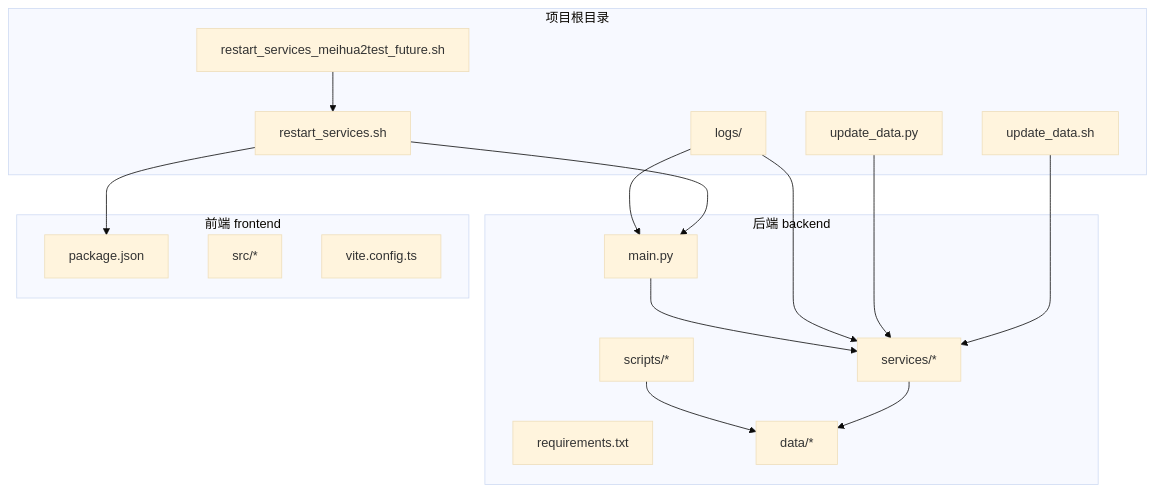
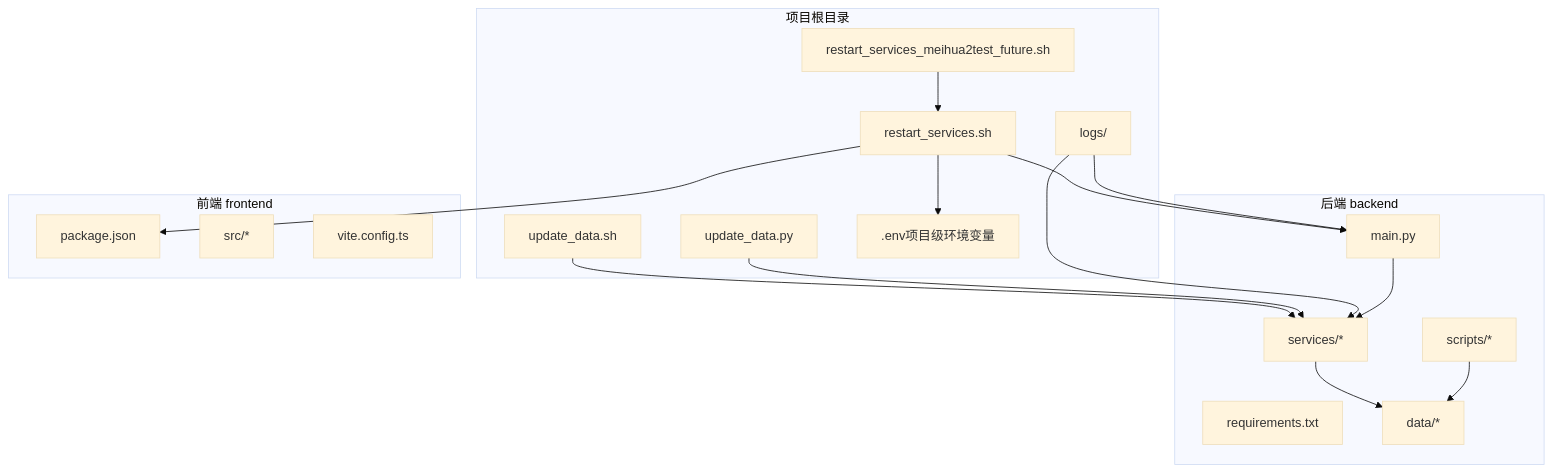
Before and after one commit to dexy1024/fin-analysis: the first of 5 diagrams in .qoder/repowiki/zh/content/部署配置.md, drawn with Mermaid (base theme). The commit also changed other lines of this file and 8 other files, not shown here.

````diff
--- a/.qoder/repowiki/zh/content/部署配置.md
+++ b/.qoder/repowiki/zh/content/部署配置.md
@@ -53,32 +61,34 @@
 ```mermaid
 graph TB
 subgraph "项目根目录"
 RS["restart_services.sh"]
 RM["restart_services_meihua2test_future.sh"]
 UD["update_data.sh"]
 UDP["update_data.py"]
+ENV[".env项目级环境变量"]
 LOGS["logs/"]
 end
 subgraph "后端 backend"
 MAIN["main.py"]
 REQ["requirements.txt"]
 SVC["services/*"]
 DATA["data/*"]
 SCRIPTS["scripts/*"]
 end
 subgraph "前端 frontend"
 PKG["package.json"]
 SRC["src/*"]
 VITE["vite.config.ts"]
 end
+RS --> ENV
 RS --> MAIN
 RS --> PKG
 RM --> RS
 UD --> SVC
 UDP --> SVC
 LOGS --> MAIN
 LOGS --> SVC
 MAIN --> SVC
 SVC --> DATA
 SCRIPTS --> DATA
 ```
````
